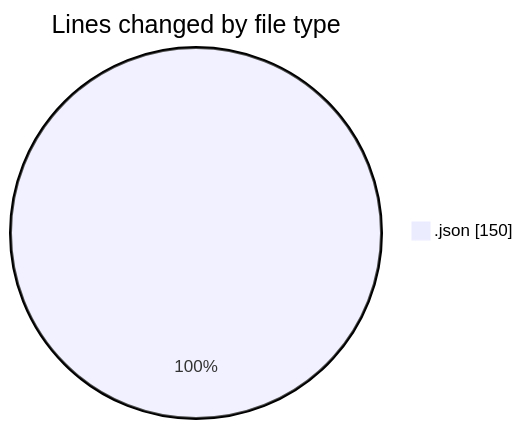
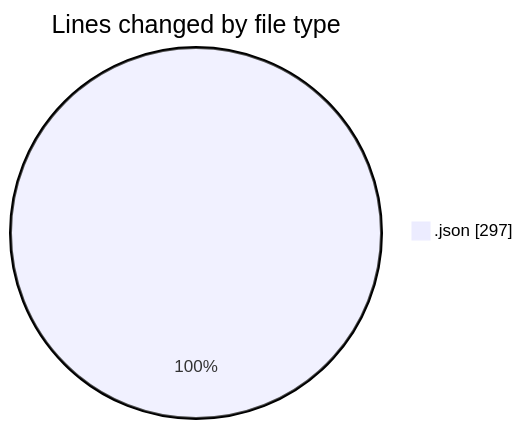
One commit to yexinjia/code-tracking changed the first of 2 diagrams in 2026-09-10/repo-copilot/README.md. Above: the diagram before and after it, drawn with Mermaid. The commit also changed other lines of this file and 1 other file, not shown here.

````diff
--- a/2026-09-10/repo-copilot/README.md
+++ b/2026-09-10/repo-copilot/README.md
@@ -21,5 +21,5 @@
 ```mermaid
 pie showData
 title Lines changed by file type
-".json" : 150
+".json" : 297
 ```
````
